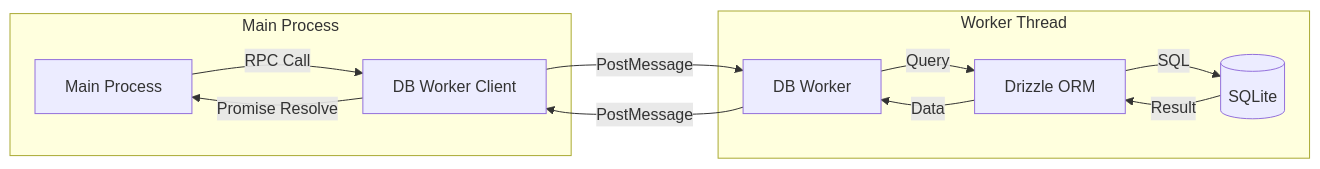
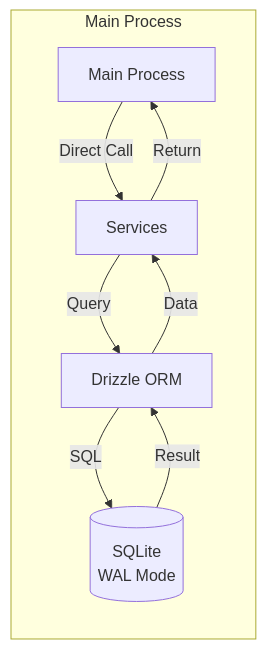
One commit to KazeKaze93/RuleDesk changed the fourth of 11 diagrams in docs/architecture.md. Above: the diagram before and after it, drawn with Mermaid. The commit also changed other lines of this file and 5 other files, not shown here.

First line of the commit message:
chore: update documentation and architecture for database access changes

````diff
--- a/docs/architecture.md
+++ b/docs/architecture.md
@@ -147,22 +142,16 @@
 ```mermaid
 graph LR
     subgraph "Main Process"
         Main[Main Process]
-        Client[DB Worker Client]
+        Services[Services]
+        DrizzleORM[Drizzle ORM]
+        SQLiteDB[(SQLite<br/>WAL Mode)]
     end
 
-    subgraph "Worker Thread"
-        Worker[DB Worker]
-        DrizzleORM[Drizzle ORM]
-        SQLiteDB[(SQLite)]
-    end
-
-    Main -->|RPC Call| Client
-    Client -->|PostMessage| Worker
-    Worker -->|Query| DrizzleORM
+    Main -->|Direct Call| Services
+    Services -->|Query| DrizzleORM
     DrizzleORM -->|SQL| SQLiteDB
     SQLiteDB -->|Result| DrizzleORM
-    DrizzleORM -->|Data| Worker
-    Worker -->|PostMessage| Client
-    Client -->|Promise Resolve| Main
+    DrizzleORM -->|Data| Services
+    Services -->|Return| Main
 ```
````
